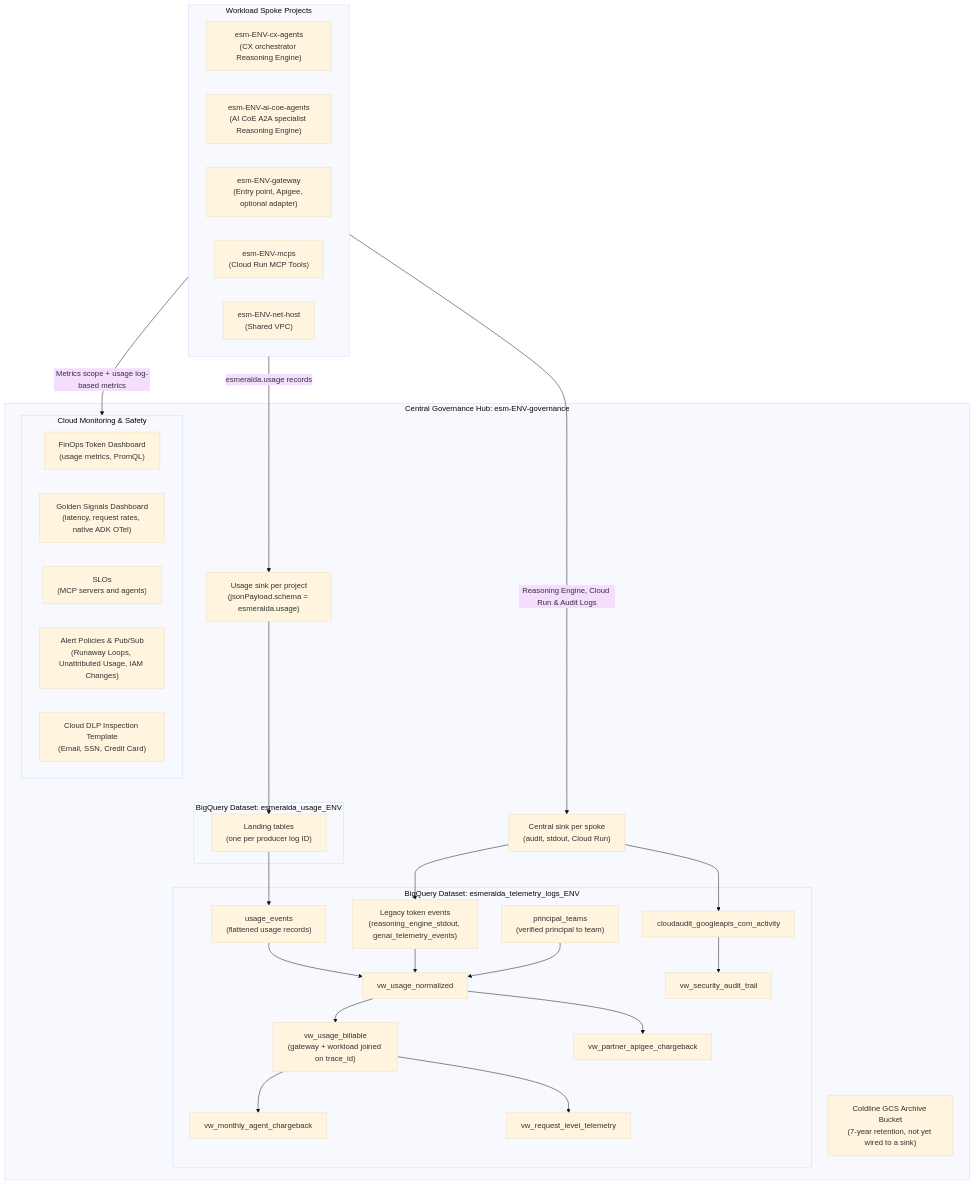
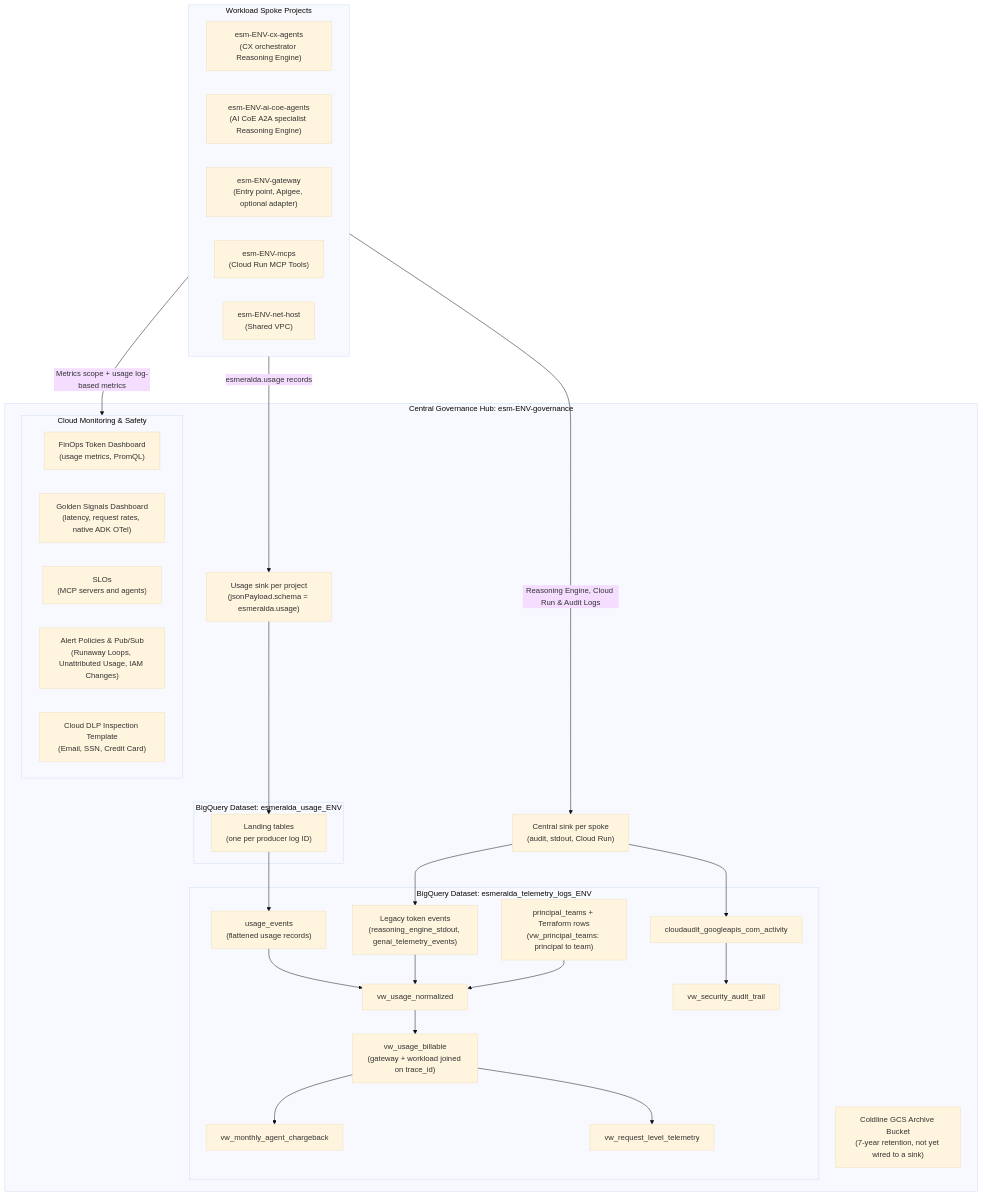
The first of 2 diagrams in docs/src/3-agentops-and-lifecycle/03-centralized-monitoring-and-dashboards.md (google/esmeralda), drawn with Mermaid (base theme) before and after one commit. The commit also changed other lines of this file and 14 other files, not shown here.

First line of the commit message:
fix(governance): INT64 tokens, project-number mapping, extensible principal_teams

````diff
--- a/docs/src/3-agentops-and-lifecycle/03-centralized-monitoring-and-dashboards.md
+++ b/docs/src/3-agentops-and-lifecycle/03-centralized-monitoring-and-dashboards.md
@@ -46,54 +46,52 @@
 ```mermaid
 flowchart TD
     subgraph Spokes["Workload Spoke Projects"]
         CX["esm-ENV-cx-agents<br/>(CX orchestrator Reasoning Engine)"]
         AICOE["esm-ENV-ai-coe-agents<br/>(AI CoE A2A specialist Reasoning Engine)"]
         GW["esm-ENV-gateway<br/>(Entry point, Apigee, optional adapter)"]
         MCP["esm-ENV-mcps<br/>(Cloud Run MCP Tools)"]
         NET["esm-ENV-net-host<br/>(Shared VPC)"]
     end
 
     subgraph Hub["Central Governance Hub: esm-ENV-governance"]
         SINK["Central sink per spoke<br/>(audit, stdout, Cloud Run)"]
         USINK["Usage sink per project<br/>(jsonPayload.schema = esmeralda.usage)"]
 
         subgraph UsageDS["BigQuery Dataset: esmeralda_usage_ENV"]
             LAND["Landing tables<br/>(one per producer log ID)"]
         end
 
         subgraph BigQuery["BigQuery Dataset: esmeralda_telemetry_logs_ENV"]
             UE["usage_events<br/>(flattened usage records)"]
             LEG["Legacy token events<br/>(reasoning_engine_stdout, genai_telemetry_events)"]
-            PT["principal_teams<br/>(verified principal to team)"]
+            PT["principal_teams + Terraform rows<br/>(vw_principal_teams: principal to team)"]
             NORM["vw_usage_normalized"]
             BILL["vw_usage_billable<br/>(gateway + workload joined on trace_id)"]
             VW1["vw_monthly_agent_chargeback"]
             VW2["vw_request_level_telemetry"]
-            VWP["vw_partner_apigee_chargeback"]
             AUDIT_TBL["cloudaudit_googleapis_com_activity"]
             VW3["vw_security_audit_trail"]
         end
 
         GCS["Coldline GCS Archive Bucket<br/>(7-year retention, not yet wired to a sink)"]
 
         subgraph Monitoring["Cloud Monitoring & Safety"]
             FIN["FinOps Token Dashboard<br/>(usage metrics, PromQL)"]
             GOLD["Golden Signals Dashboard<br/>(latency, request rates, native ADK OTel)"]
             SLO["SLOs<br/>(MCP servers and agents)"]
             ALERTS["Alert Policies & Pub/Sub<br/>(Runaway Loops, Unattributed Usage, IAM Changes)"]
             DLP["Cloud DLP Inspection Template<br/>(Email, SSN, Credit Card)"]
         end
     end
 
     Spokes -->|Reasoning Engine, Cloud Run & Audit Logs| SINK
     Spokes -->|esmeralda.usage records| USINK
     SINK --> LEG & AUDIT_TBL
     USINK --> LAND
     LAND --> UE
     UE & LEG & PT --> NORM
     NORM --> BILL
-    NORM --> VWP
     BILL --> VW1 & VW2
     AUDIT_TBL --> VW3
     Spokes -->|Metrics scope + usage log-based metrics| Monitoring
 ```
````
